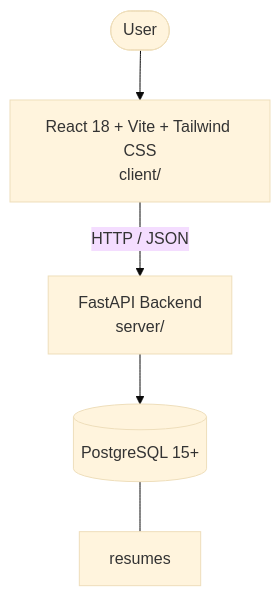
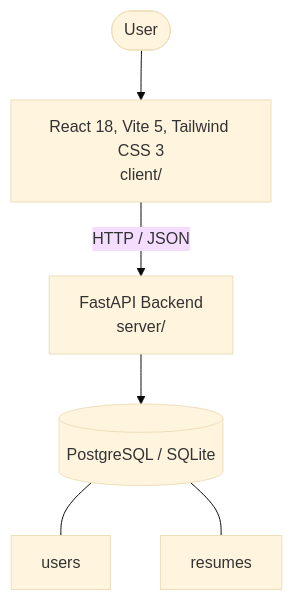
The diagram in architecture.md (p67428378-afk/test2), drawn with Mermaid (base theme) before and after one commit. The commit also changed other lines of this file and 25 other files, not shown here.

````diff
--- a/architecture.md
+++ b/architecture.md
@@ -6,11 +6,12 @@
 ```mermaid
 graph TD
   User([User])
-  UI["React 18 + Vite + Tailwind CSS<br/>client/"]
+  UI["React 18, Vite 5, Tailwind CSS 3<br/>client/"]
   API["FastAPI Backend<br/>server/"]
-  DB[("PostgreSQL 15+")]
+  DB[("PostgreSQL / SQLite")]
   User --> UI
   UI -->|HTTP / JSON| API
   API --> DB
+  DB --- tbl_users["users"]
   DB --- tbl_resumes["resumes"]
 ```
````
